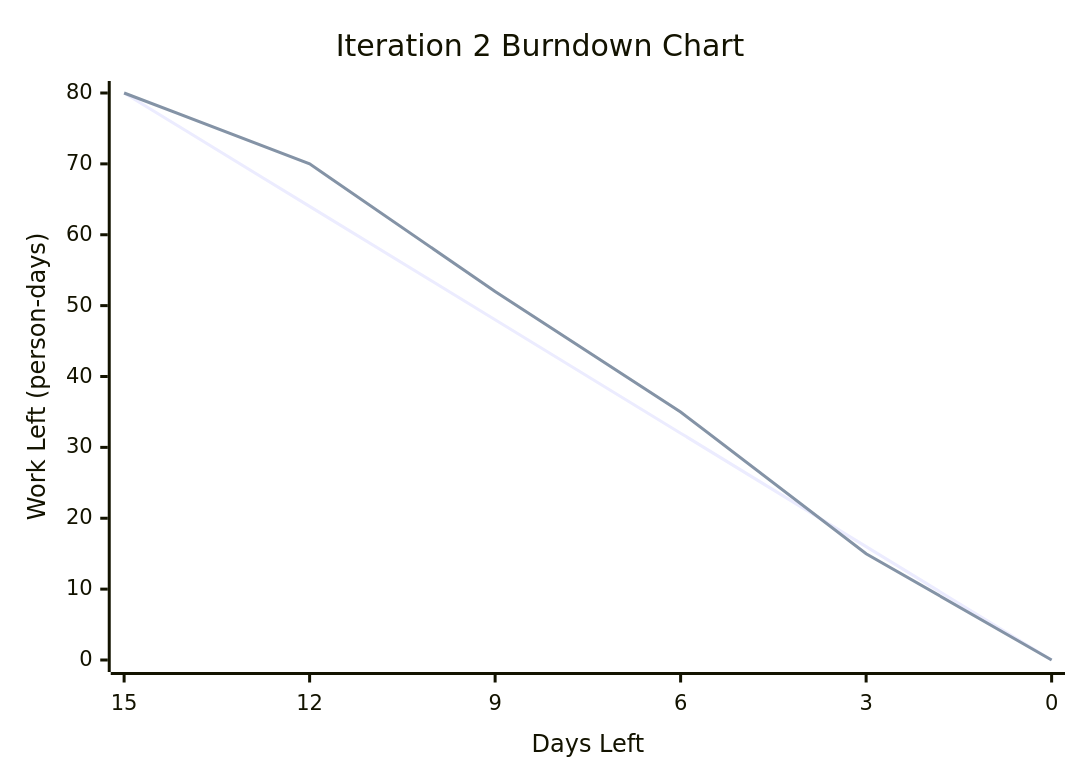
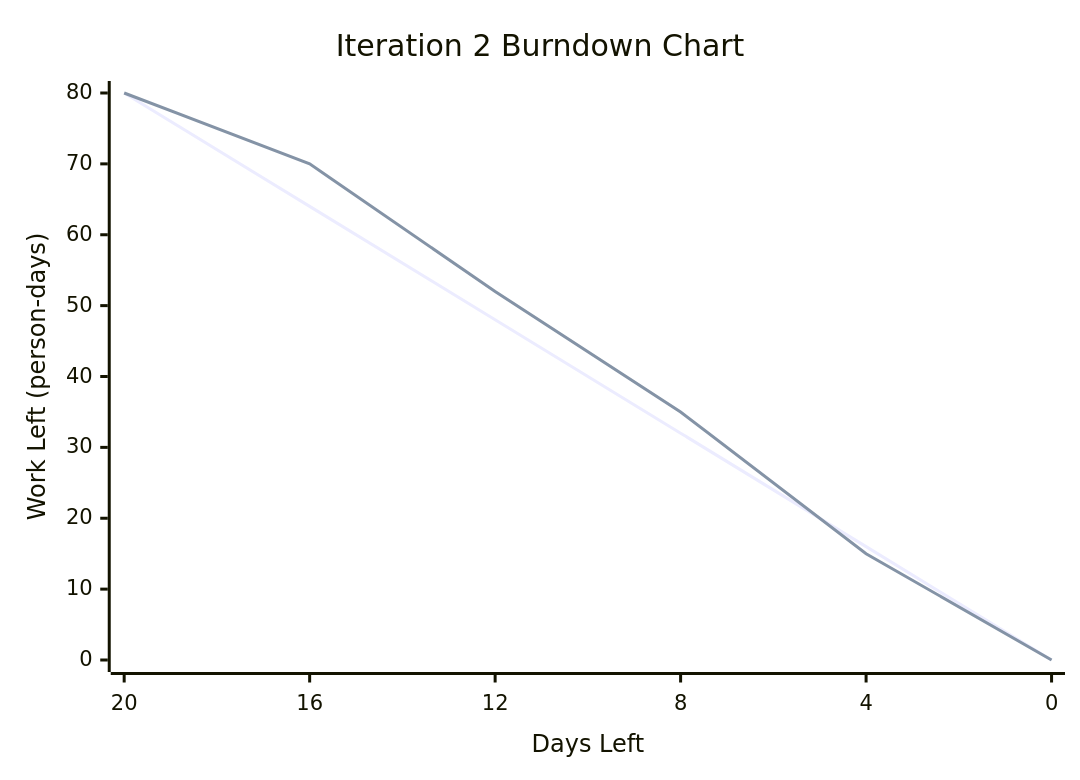
One commit to MojunZheng/CP3407-Movie-Recommendation-System changed the diagram in Practical 8/practical8_iteration3_tdd.md. Above: the diagram before and after it, drawn with Mermaid.

````diff
--- a/Practical 8/practical8_iteration3_tdd.md
+++ b/Practical 8/practical8_iteration3_tdd.md
@@ -134,8 +134,8 @@
 ```mermaid
 xychart-beta
     title "Iteration 2 Burndown Chart"
-    x-axis "Days Left" [15, 12, 9, 6, 3, 0]
+    x-axis "Days Left" [20, 16, 12, 8, 4, 0]
     y-axis "Work Left (person-days)" 0 --> 80
     line "Ideal Work Left" [80, 64, 48, 32, 16, 0]
     line "Actual Work Left" [80, 70, 52, 35, 15, 0]
 ```
````
